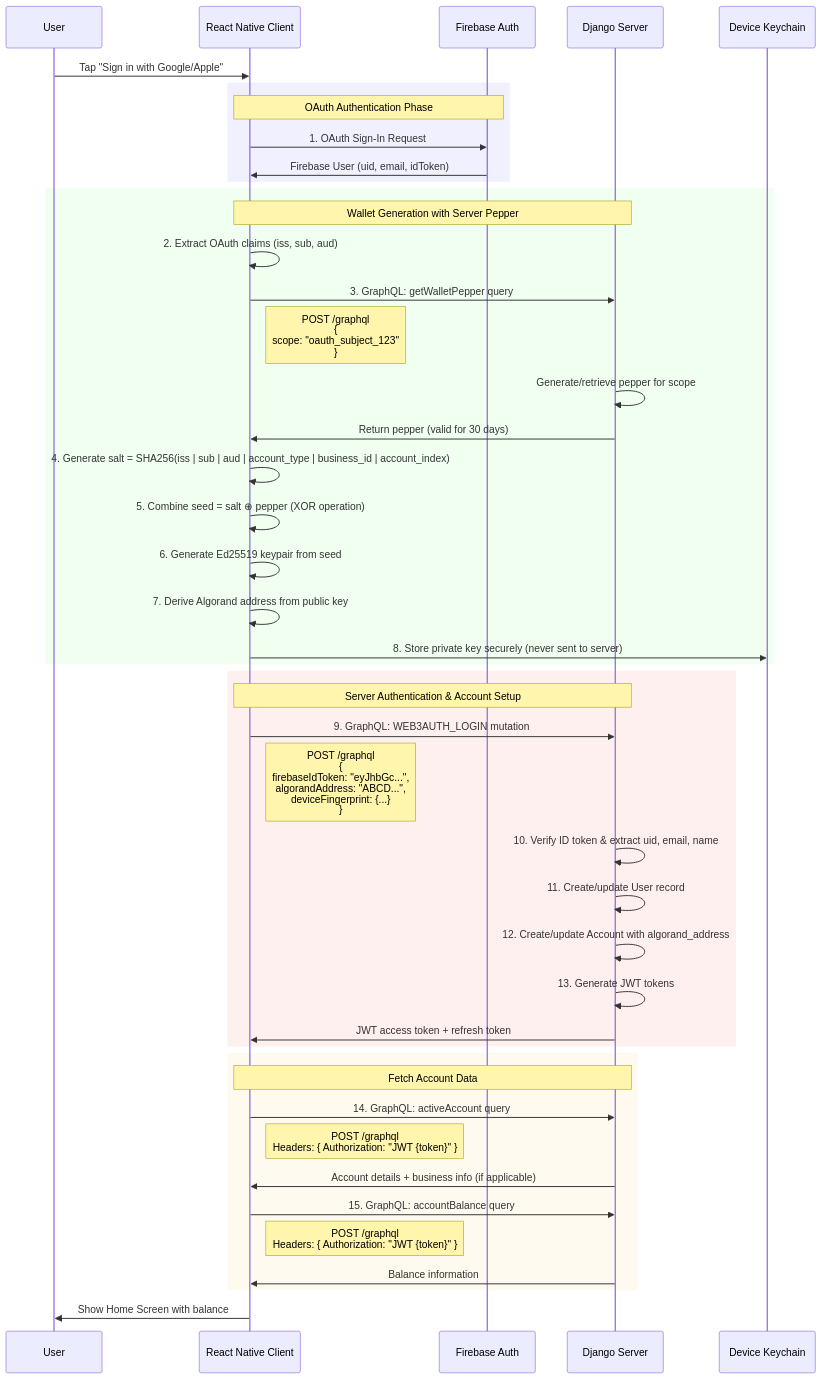
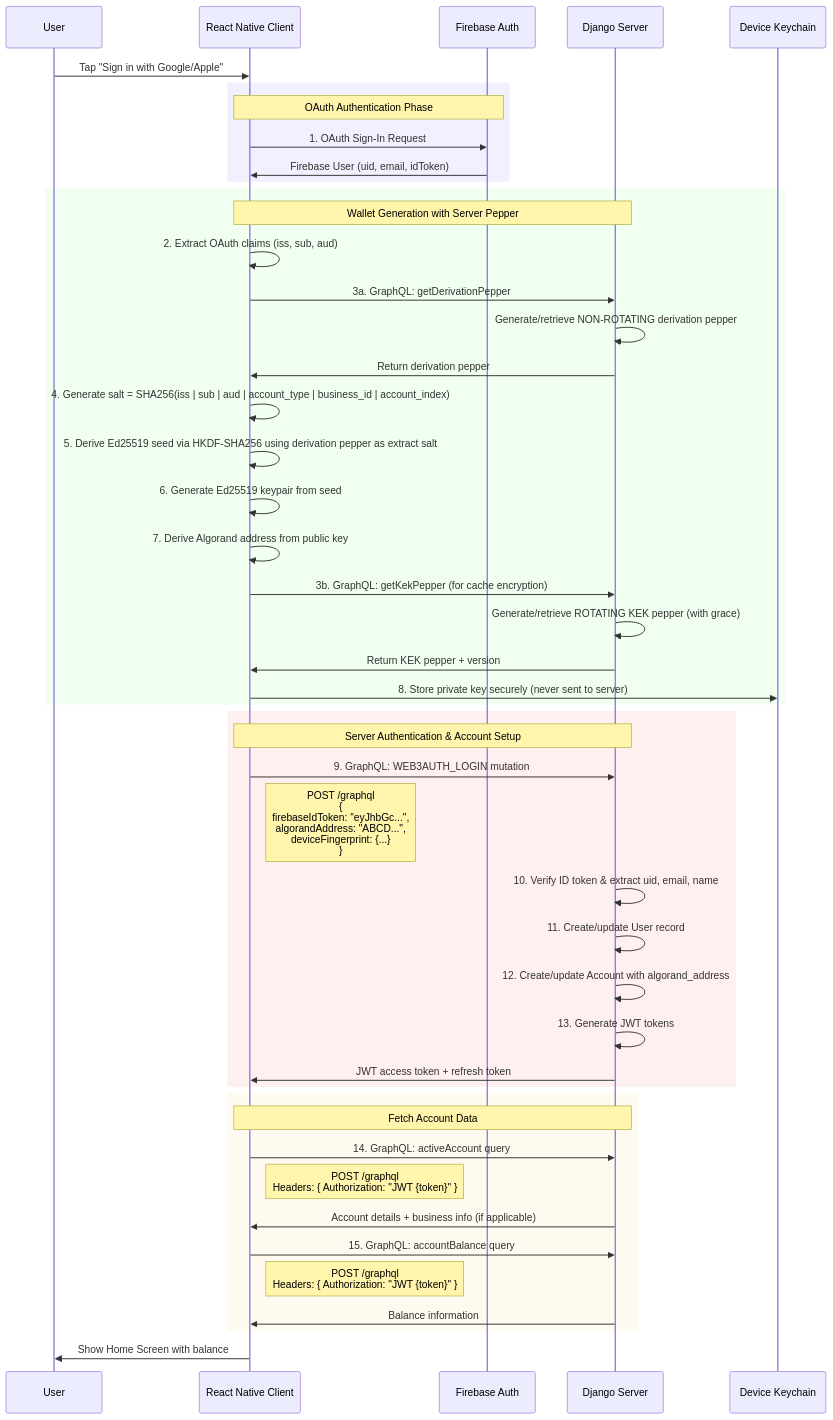
One commit to caesar4321/Confio changed the diagram in docs/algorand-signin-flow.md. Above: the diagram before and after it, drawn with Mermaid. The commit also changed other lines of this file and 29 other files, not shown here.

First line of the commit message:
feat(wallet): fixed-derivation pepper admin + robust address flow

````diff
--- a/docs/algorand-signin-flow.md
+++ b/docs/algorand-signin-flow.md
@@ -8,55 +8,57 @@
 ```mermaid
 sequenceDiagram
     participant User
     participant Client as React Native Client
     participant Firebase as Firebase Auth
     participant Server as Django Server
     participant Keychain as Device Keychain
 
     User->>Client: Tap "Sign in with Google/Apple"
     
     rect rgb(240, 240, 255)
         Note over Client,Firebase: OAuth Authentication Phase
         Client->>Firebase: 1. OAuth Sign-In Request
         Firebase->>Client: Firebase User (uid, email, idToken)
     end
 
     rect rgb(240, 255, 240)
         Note over Client,Server: Wallet Generation with Server Pepper
         Client->>Client: 2. Extract OAuth claims (iss, sub, aud)
-        Client->>Server: 3. GraphQL: getWalletPepper query
-        Note right of Client: POST /graphql<br/>{<br/>  scope: "oauth_subject_123"<br/>}
-        Server->>Server: Generate/retrieve pepper for scope
-        Server->>Client: Return pepper (valid for 30 days)
+        Client->>Server: 3a. GraphQL: getDerivationPepper
+        Server->>Server: Generate/retrieve NON-ROTATING derivation pepper
+        Server->>Client: Return derivation pepper
         Client->>Client: 4. Generate salt = SHA256(iss | sub | aud | account_type | business_id | account_index)
-        Client->>Client: 5. Combine seed = salt ⊕ pepper (XOR operation)
+        Client->>Client: 5. Derive Ed25519 seed via HKDF-SHA256 using derivation pepper as extract salt
         Client->>Client: 6. Generate Ed25519 keypair from seed
         Client->>Client: 7. Derive Algorand address from public key
+        Client->>Server: 3b. GraphQL: getKekPepper (for cache encryption)
+        Server->>Server: Generate/retrieve ROTATING KEK pepper (with grace)
+        Server->>Client: Return KEK pepper + version
         Client->>Keychain: 8. Store private key securely (never sent to server)
     end
 
     rect rgb(255, 240, 240)
         Note over Client,Server: Server Authentication & Account Setup
         Client->>Server: 9. GraphQL: WEB3AUTH_LOGIN mutation
         Note right of Client: POST /graphql<br/>{<br/>  firebaseIdToken: "eyJhbGc...",<br/>  algorandAddress: "ABCD...",<br/>  deviceFingerprint: {...}<br/>}
         
         Server->>Server: 10. Verify ID token & extract uid, email, name
         Server->>Server: 11. Create/update User record
         Server->>Server: 12. Create/update Account with algorand_address
         Server->>Server: 13. Generate JWT tokens
         Server->>Client: JWT access token + refresh token
     end
 
     rect rgb(255, 250, 240)
         Note over Client,Server: Fetch Account Data
         Client->>Server: 14. GraphQL: activeAccount query
         Note right of Client: POST /graphql<br/>Headers: { Authorization: "JWT {token}" }
         Server->>Client: Account details + business info (if applicable)
         
         Client->>Server: 15. GraphQL: accountBalance query
         Note right of Client: POST /graphql<br/>Headers: { Authorization: "JWT {token}" }
         Server->>Client: Balance information
     end
 
     Client->>User: Show Home Screen with balance
 ```
````
